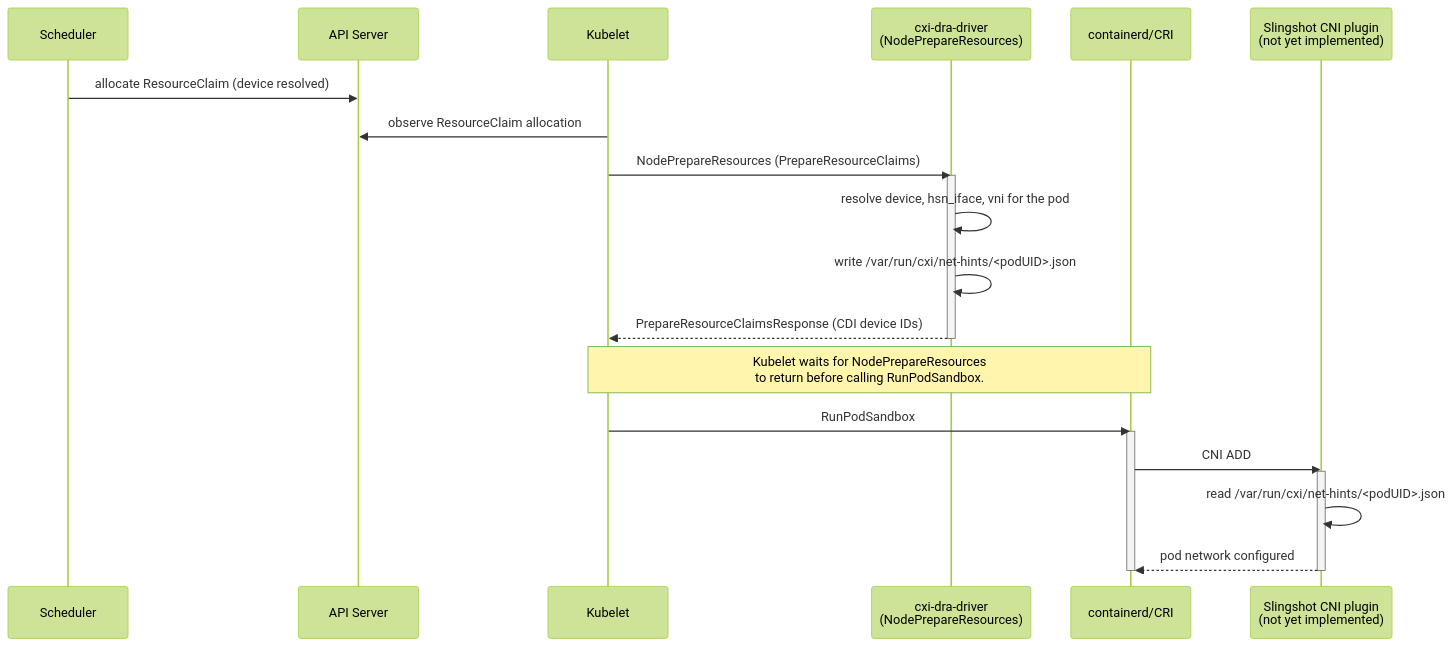
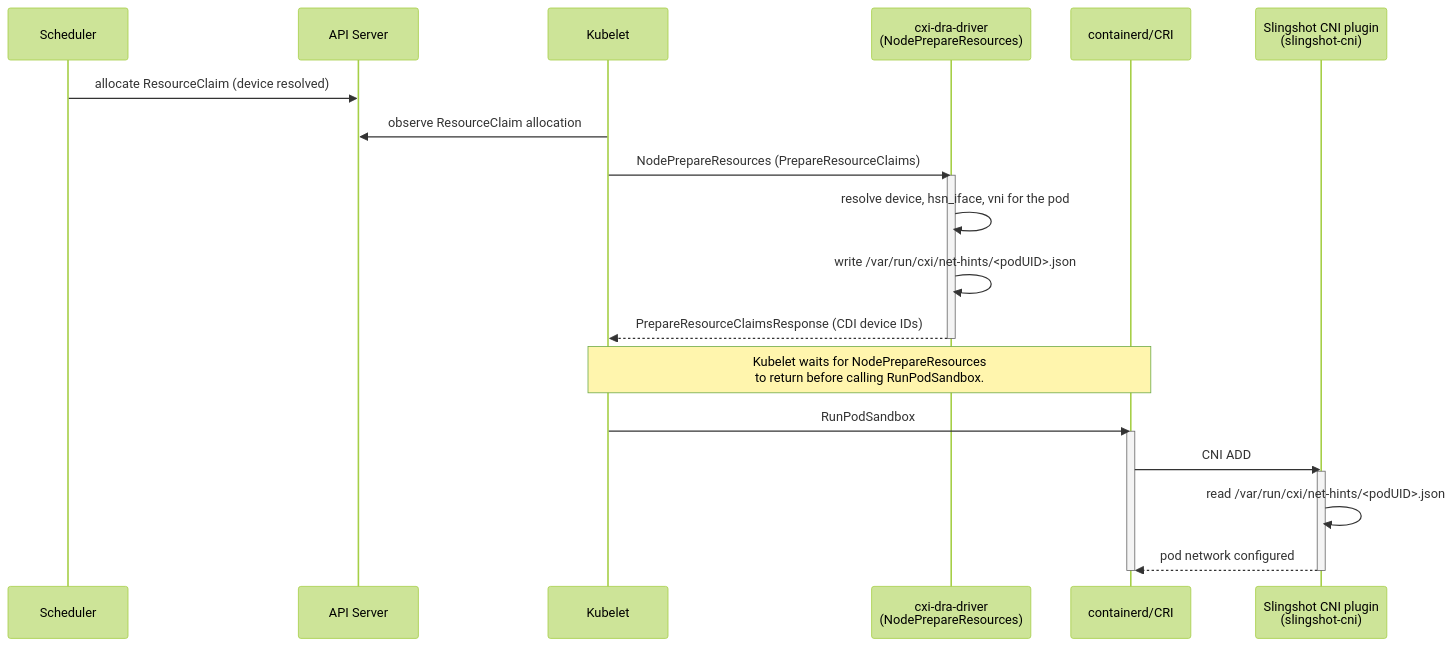
The diagram in docs/cni/cnidra-cni-hint-contract.md (HewlettPackard/cxi-dra-driver), drawn with Mermaid (forest theme) before and after one commit. The commit also changed other lines of this file and 34 other files, not shown here.

First line of the commit message:
slingshot-cni IPVLAN-on-HSN interface with Whereabouts IPAM (#6)

````diff
--- a/docs/cni/cnidra-cni-hint-contract.md
+++ b/docs/cni/cnidra-cni-hint-contract.md
@@ -34,27 +34,27 @@
 ```mermaid
 sequenceDiagram
     participant Scheduler
     participant APIServer as API Server
     participant Kubelet
     participant Driver as cxi-dra-driver<br/>(NodePrepareResources)
     participant CRI as containerd/CRI
-    participant CNI as Slingshot CNI plugin<br/>(not yet implemented)
+    participant CNI as Slingshot CNI plugin<br/>(slingshot-cni)
 
     Scheduler->>APIServer: allocate ResourceClaim (device resolved)
     Kubelet->>APIServer: observe ResourceClaim allocation
     Kubelet->>Driver: NodePrepareResources (PrepareResourceClaims)
     activate Driver
     Driver->>Driver: resolve device, hsn_iface, vni for the pod
     Driver->>Driver: write /var/run/cxi/net-hints/<podUID>.json
     Driver-->>Kubelet: PrepareResourceClaimsResponse (CDI device IDs)
     deactivate Driver
     Note over Kubelet,CRI: Kubelet waits for NodePrepareResources<br/>to return before calling RunPodSandbox.
     Kubelet->>CRI: RunPodSandbox
     activate CRI
     CRI->>CNI: CNI ADD
     activate CNI
     CNI->>CNI: read /var/run/cxi/net-hints/<podUID>.json
     CNI-->>CRI: pod network configured
     deactivate CNI
     deactivate CRI
 ```
````
